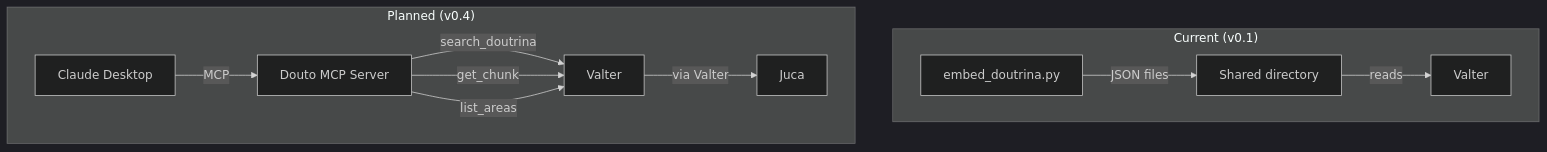
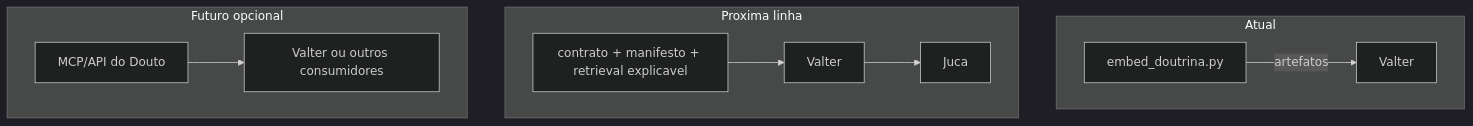
One commit to sensdiego/sens.legal changed the diagram in sites/douto/src/content/docs/pt-br/configuration/integrations.md. Above: the diagram before and after it, drawn with Mermaid (dark theme). The commit also changed other lines of this file and 39 other files, not shown here.

First line of the commit message:
docs: sync douto and juca docs from source repos

````diff
--- a/sites/douto/src/content/docs/pt-br/configuration/integrations.md
+++ b/sites/douto/src/content/docs/pt-br/configuration/integrations.md
@@ -228,15 +213,15 @@
 ```mermaid
 graph TB
-    subgraph "Current (v0.1)"
-        ED["embed_doutrina.py"] -->|JSON files| DIR["Shared directory"]
-        DIR -->|reads| VA1["Valter"]
+    subgraph "Atual"
+        ED["embed_doutrina.py"] -->|artefatos| VA1["Valter"]
     end
 
-    subgraph "Planned (v0.4)"
-        MCP["Douto MCP Server"] -->|search_doutrina| VA2["Valter"]
-        MCP -->|get_chunk| VA2
-        MCP -->|list_areas| VA2
-        VA2 -->|via Valter| JU["Juca"]
-        CD["Claude Desktop"] -->|MCP| MCP
+    subgraph "Proxima linha"
+        DT["contrato + manifesto + retrieval explicavel"] --> VA2["Valter"]
+        VA2 --> JU["Juca"]
+    end
+
+    subgraph "Futuro opcional"
+        MCP["MCP/API do Douto"] --> VAL["Valter ou outros consumidores"]
     end
 ```
````
